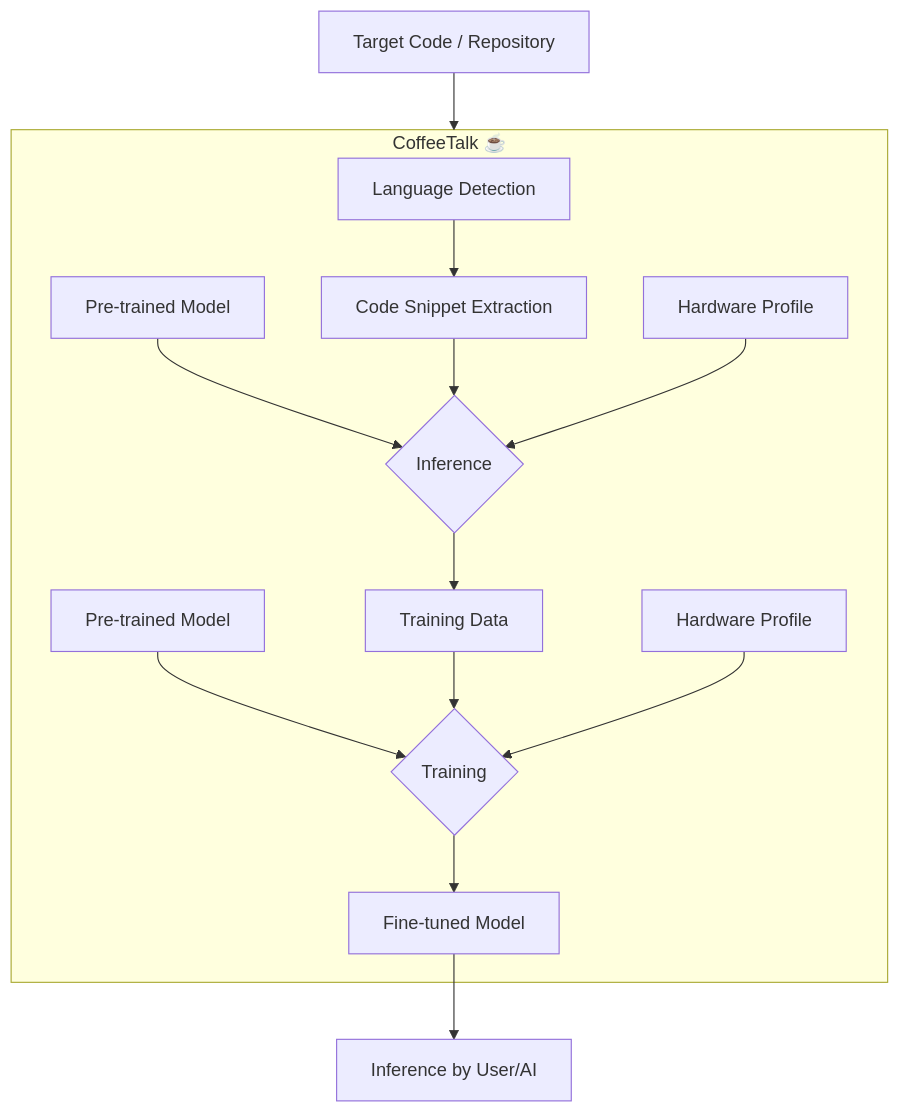
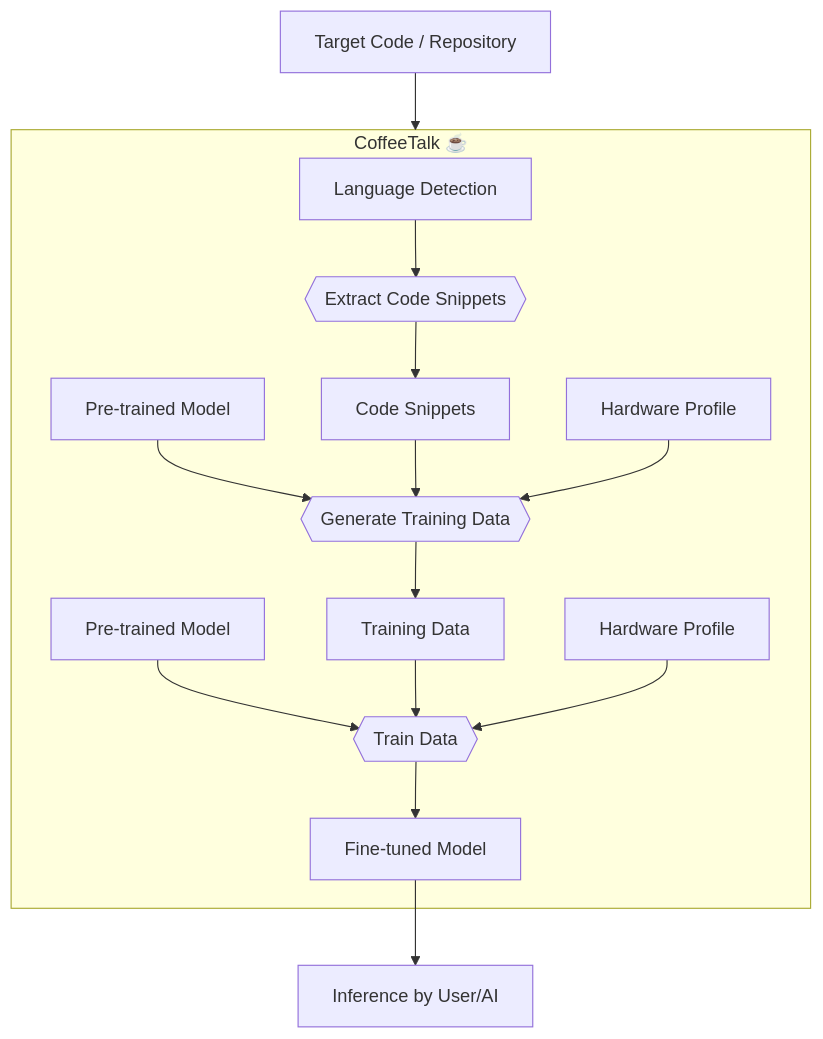
Before and after one commit to rob-mosher/coffeetalk-app: the diagram in README.md, drawn with Mermaid. The commit also changed other lines of this file, not shown here.

Commit message:
Clarify directions and diagram in README

````diff
--- a/README.md
+++ b/README.md
@@ -40,22 +36,24 @@
 ```mermaid
 graph TD
     Start[Target Code / Repository] --> CoffeeTalk
 
     subgraph CoffeeTalk["CoffeeTalk ☕"]
-        LD[Language Detection] --> CSE
+        LD[Language Detection] --> ECS
 
-        PTM_1[Pre-trained Model] --> Inference
-        CSE[Code Snippet Extraction] --> Inference
-        HP_1[Hardware Profile] --> Inference
+        ECS{{Extract Code Snippets}} --> CS
 
-        Inference{Inference} --> TD
+        PTM_1[Pre-trained Model] --> GenerateTD
+        CS[Code Snippets] --> GenerateTD
+        HP_1[Hardware Profile] --> GenerateTD
 
-        PTM_2[Pre-trained Model] --> Training
-        TD[Training Data] --> Training
-        HP_2[Hardware Profile] --> Training
+        GenerateTD{{Generate Training Data}} --> TD
 
-        Training{Training} --> FTM
+        PTM_2[Pre-trained Model] --> TrainData
+        TD[Training Data] --> TrainData
+        HP_2[Hardware Profile] --> TrainData
+
+        TrainData{{Train Data}} --> FTM
     end
 
     FTM[Fine-tuned Model] --> End[Inference by User/AI]
 ```
````
